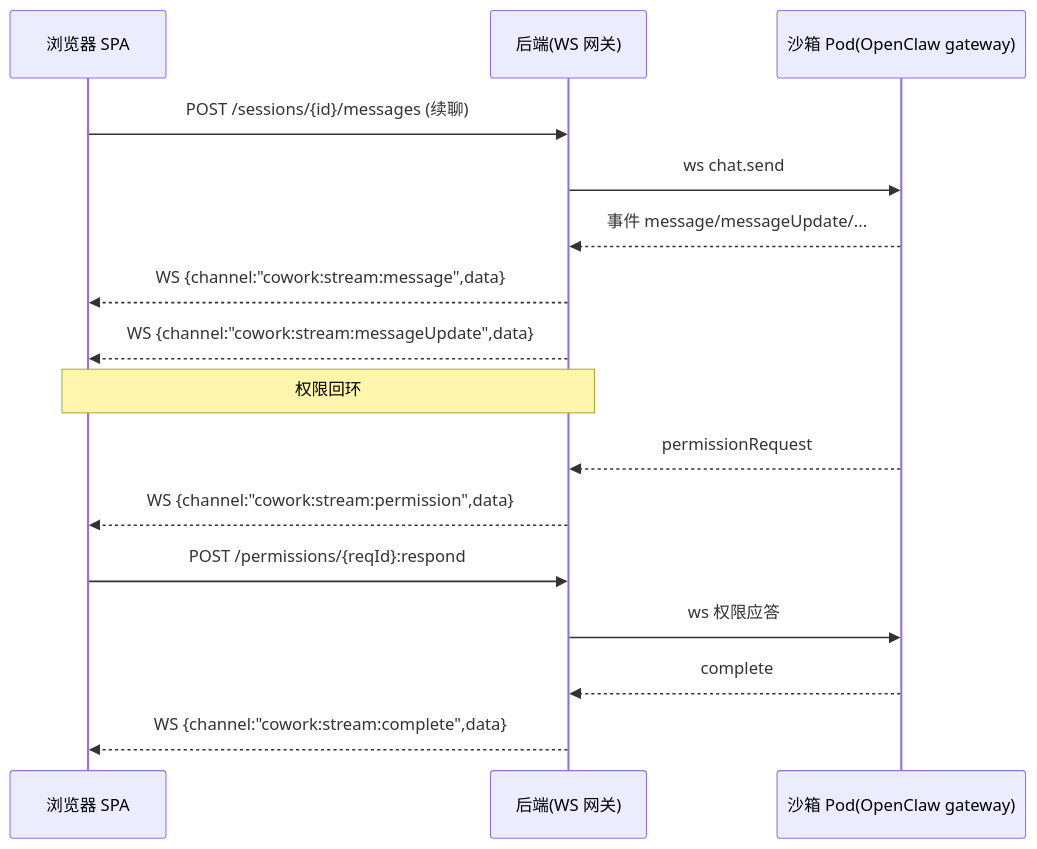
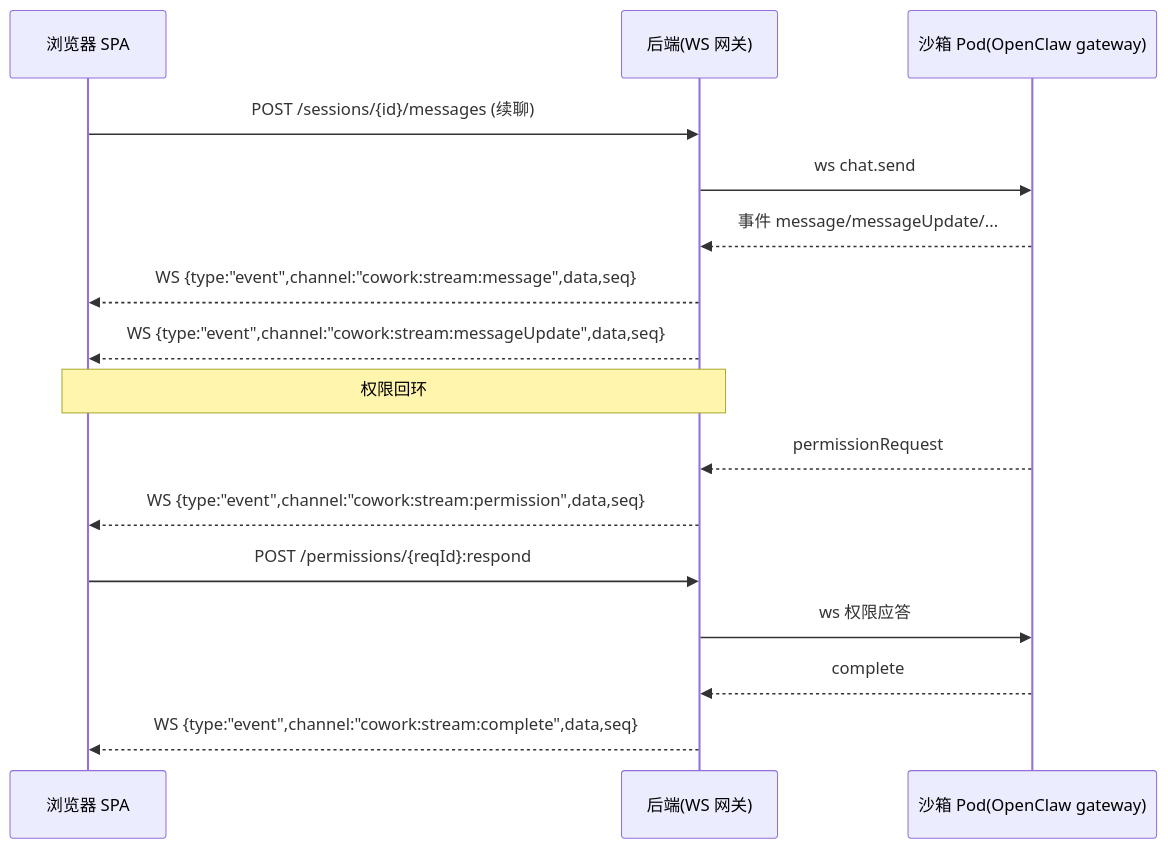
One commit to edward-ng-duke/LobsterAI changed the second of 2 diagrams in 改造计划/附录A-IPC通道与接口映射.md. Above: the diagram before and after it, drawn with Mermaid. The commit also changed other lines of this file and 22 other files, not shown here.

````diff
--- a/改造计划/附录A-IPC通道与接口映射.md
+++ b/改造计划/附录A-IPC通道与接口映射.md
@@ -399,18 +405,18 @@
 ```mermaid
 sequenceDiagram
   participant UI as 浏览器 SPA
   participant BE as 后端(WS 网关)
   participant SB as 沙箱 Pod(OpenClaw gateway)
   UI->>BE: POST /sessions/{id}/messages (续聊)
   BE->>SB: ws chat.send
   SB-->>BE: 事件 message/messageUpdate/...
-  BE-->>UI: WS {channel:"cowork:stream:message",data}
-  BE-->>UI: WS {channel:"cowork:stream:messageUpdate",data}
+  BE-->>UI: WS {type:"event",channel:"cowork:stream:message",data,seq}
+  BE-->>UI: WS {type:"event",channel:"cowork:stream:messageUpdate",data,seq}
   Note over UI,BE: 权限回环
   SB-->>BE: permissionRequest
-  BE-->>UI: WS {channel:"cowork:stream:permission",data}
+  BE-->>UI: WS {type:"event",channel:"cowork:stream:permission",data,seq}
   UI->>BE: POST /permissions/{reqId}:respond
   BE->>SB: ws 权限应答
   SB-->>BE: complete
-  BE-->>UI: WS {channel:"cowork:stream:complete",data}
+  BE-->>UI: WS {type:"event",channel:"cowork:stream:complete",data,seq}
 ```
````
